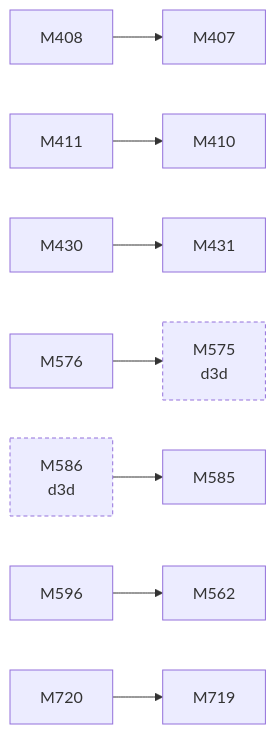
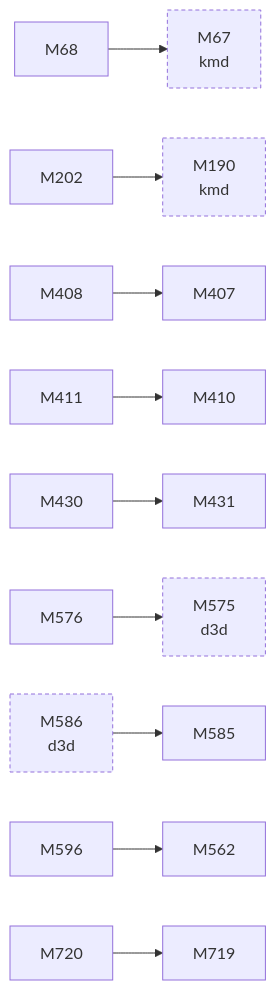
One commit to D-Ogi/amdgpu-wddm changed the third of 3 diagrams in docs/facts/graphs/display.md. Above: the diagram before and after it, drawn with Mermaid. The commit also changed other lines of this file and 21 other files, not shown here.

````diff
--- a/docs/facts/graphs/display.md
+++ b/docs/facts/graphs/display.md
@@ -159,26 +166,32 @@
 ```mermaid
 flowchart LR
+  M67["M67<br/>kmd"]
+  M68["M68"]
+  M190["M190<br/>kmd"]
+  M202["M202"]
   M407["M407"]
   M408["M408"]
   M410["M410"]
   M411["M411"]
   M430["M430"]
   M431["M431"]
   M562["M562"]
   M575["M575<br/>d3d"]
   M576["M576"]
   M585["M585"]
   M586["M586<br/>d3d"]
   M596["M596"]
   M719["M719"]
   M720["M720"]
+  M68 --> M67
+  M202 --> M190
   M408 --> M407
   M411 --> M410
   M430 --> M431
   M576 --> M575
   M596 --> M562
   M720 --> M719
   M586 --> M585
   classDef other stroke-dasharray:4 3
-  class M575,M586 other
+  class M67,M190,M575,M586 other
 ```
````
